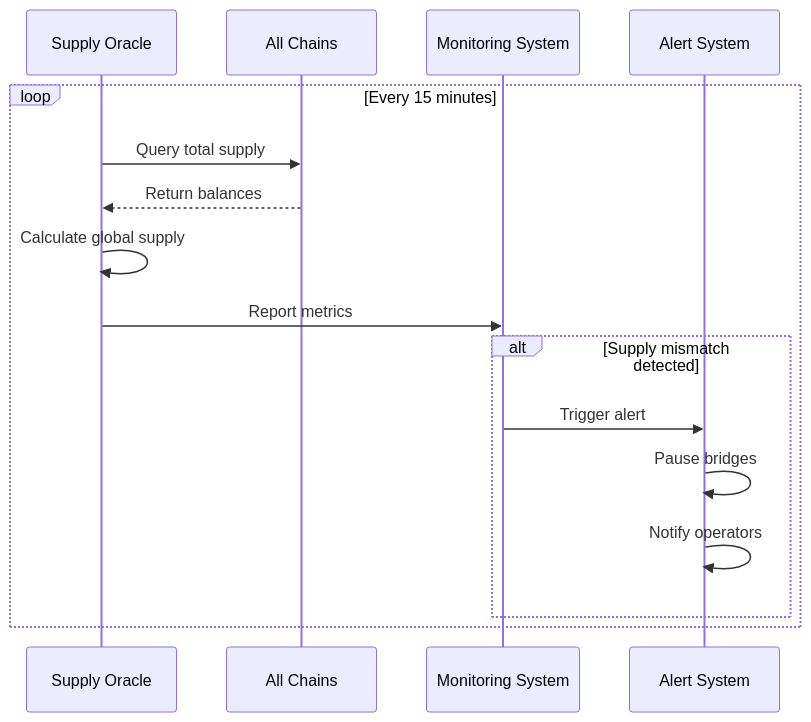
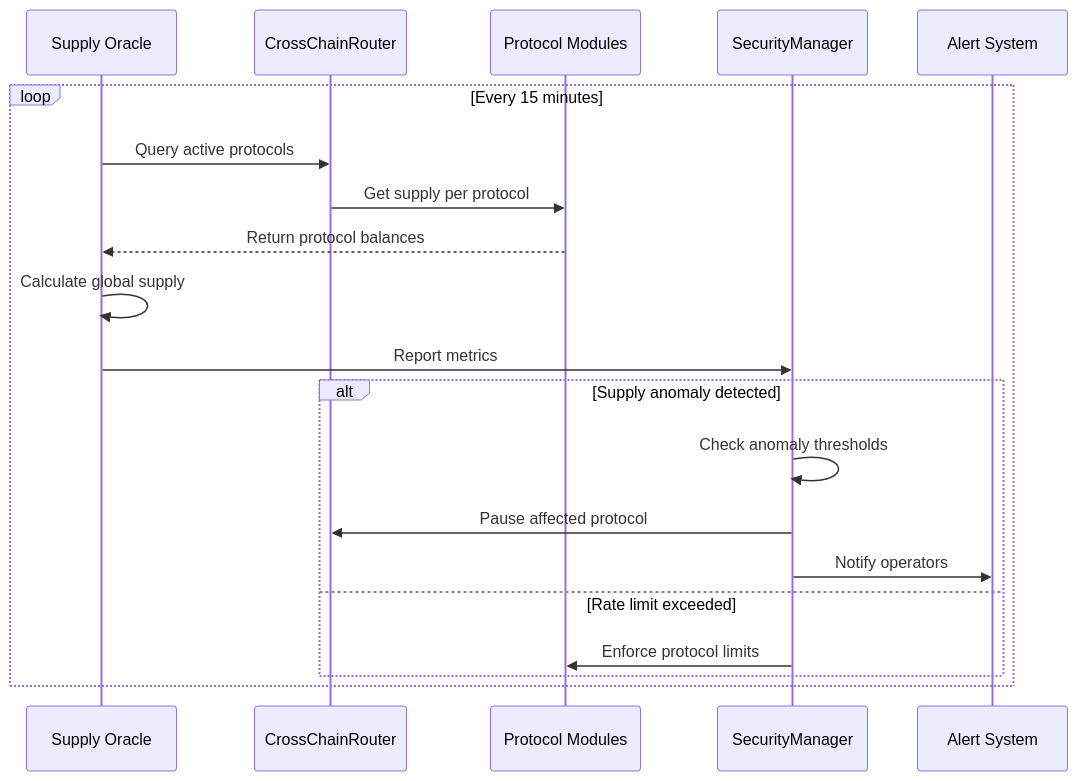
Before and after one commit to lookcard-dev/lookcoin-contract: the eighth of 10 diagrams in docs/TECHNICAL.md, drawn with Mermaid. The commit also changed other lines of this file and 32 other files, not shown here.

First line of the commit message:
Implements native cross-chain token design

````diff
--- a/docs/TECHNICAL.md
+++ b/docs/TECHNICAL.md
@@ -162,19 +265,23 @@
 ```mermaid
 sequenceDiagram
     participant Oracle as Supply Oracle
-    participant Chains as All Chains
-    participant Monitor as Monitoring System
+    participant Router as CrossChainRouter
+    participant Modules as Protocol Modules
+    participant SM as SecurityManager
     participant Alert as Alert System
 
     loop Every 15 minutes
-        Oracle->>Chains: Query total supply
-        Chains-->>Oracle: Return balances
+        Oracle->>Router: Query active protocols
+        Router->>Modules: Get supply per protocol
+        Modules-->>Oracle: Return protocol balances
         Oracle->>Oracle: Calculate global supply
-        Oracle->>Monitor: Report metrics
-        alt Supply mismatch detected
-            Monitor->>Alert: Trigger alert
-            Alert->>Alert: Pause bridges
-            Alert->>Alert: Notify operators
+        Oracle->>SM: Report metrics
+        alt Supply anomaly detected
+            SM->>SM: Check anomaly thresholds
+            SM->>Router: Pause affected protocol
+            SM->>Alert: Notify operators
+        else Rate limit exceeded
+            SM->>Modules: Enforce protocol limits
         end
     end
 ```
````
